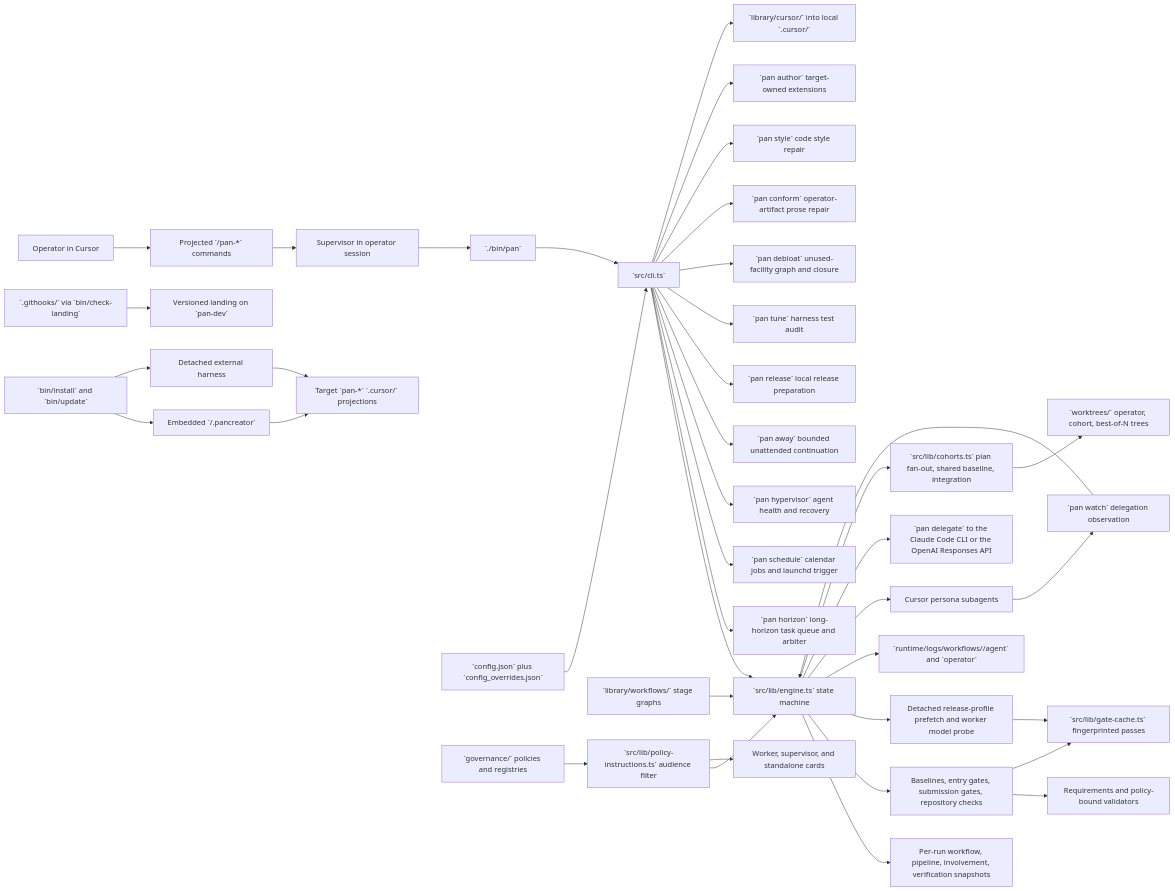
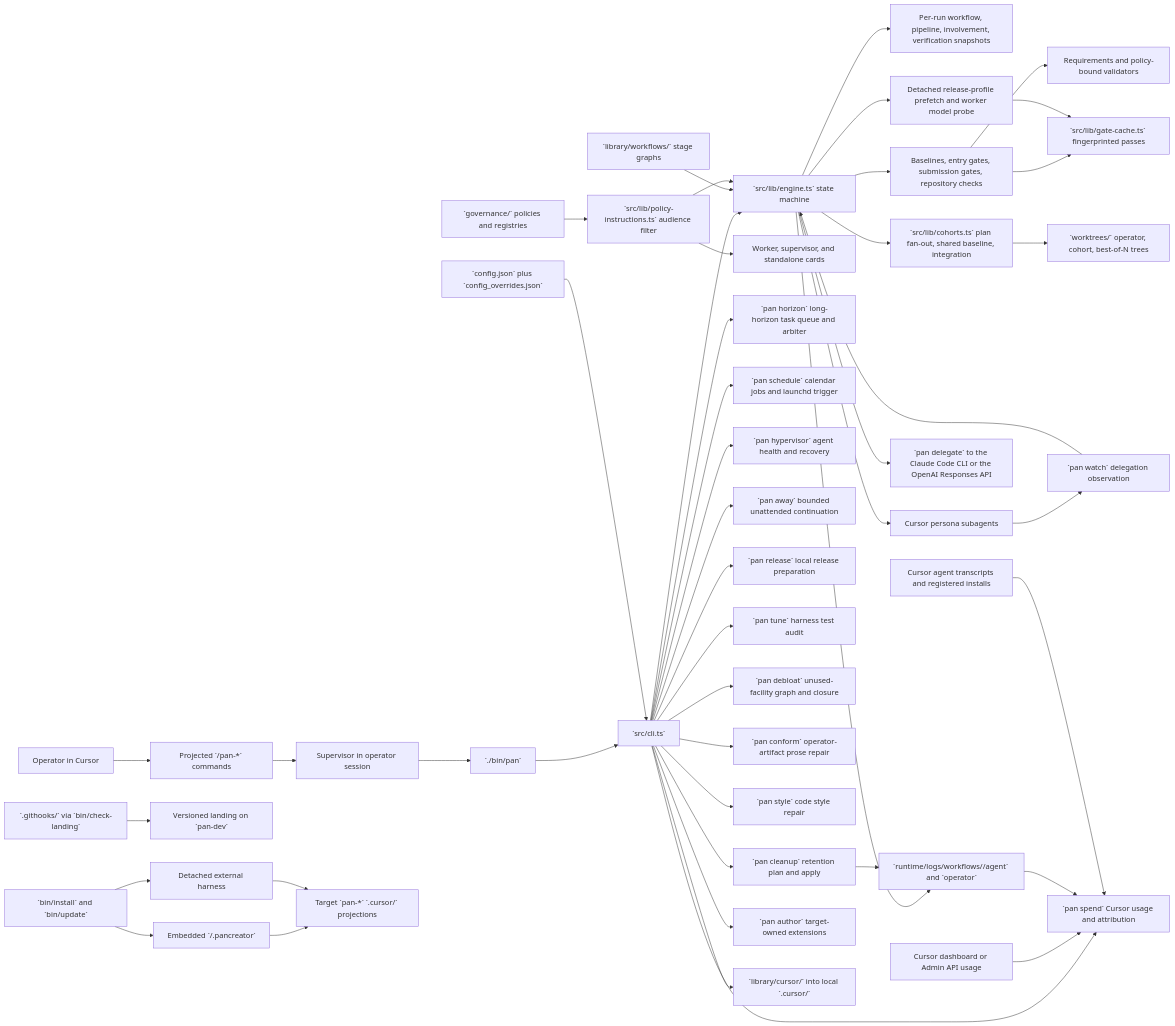
One commit to alenlukic/pancreator changed the diagram in docs/target-repo-primer.md. Above: the diagram before and after it, drawn with Mermaid. The commit also changed other lines of this file and 82 other files, not shown here.

First line of the commit message:
release: v7.29.1 Sum the charged cost of each dashboard usage event, including the Cursor token…

````diff
--- a/docs/target-repo-primer.md
+++ b/docs/target-repo-primer.md
@@ -89,42 +91,48 @@
 ```mermaid
 flowchart LR
   Operator[Operator in Cursor] --> Commands[Projected `/pan-*` commands]
   Commands --> Supervisor[Supervisor in operator session]
   Supervisor --> Pan[`./bin/pan`]
   Pan --> CLI[`src/cli.ts`]
   CLI --> Engine[`src/lib/engine.ts` state machine]
   Config[`config.json` plus `config_overrides.json`] --> CLI
   Workflows[`library/workflows/` stage graphs] --> Engine
   Governance[`governance/` policies and registries] --> Audience[`src/lib/policy-instructions.ts` audience filter]
   Audience --> Engine
   Audience --> Cards[Worker, supervisor, and standalone cards]
   Engine --> Snapshots[Per-run workflow, pipeline, involvement, verification snapshots]
   Engine --> Gates[Baselines, entry gates, submission gates, repository checks]
   Gates --> Requirements[Requirements and policy-bound validators]
   Gates --> GateCache[`src/lib/gate-cache.ts` fingerprinted passes]
   Engine --> Detached[Detached release-profile prefetch and worker model probe]
   Detached --> GateCache
   Engine --> Runtime[`runtime/logs/workflows/<run-id>/agent` and `operator`]
   Engine --> CursorWorkers[Cursor persona subagents]
   Engine --> External[`pan delegate` to the Claude Code CLI or the OpenAI Responses API]
   CursorWorkers --> Watch[`pan watch` delegation observation]
   Watch --> Engine
   Engine --> Cohorts[`src/lib/cohorts.ts` plan fan-out, shared baseline, integration]
   Cohorts --> Worktrees[`worktrees/` operator, cohort, best-of-N trees]
   CLI --> Horizon[`pan horizon` long-horizon task queue and arbiter]
   CLI --> Schedule[`pan schedule` calendar jobs and launchd trigger]
   CLI --> Hypervisor[`pan hypervisor` agent health and recovery]
   CLI --> Away[`pan away` bounded unattended continuation]
   CLI --> Release[`pan release` local release preparation]
   CLI --> Tune[`pan tune` harness test audit]
   CLI --> Debloat[`pan debloat` unused-facility graph and closure]
   CLI --> Conform[`pan conform` operator-artifact prose repair]
   CLI --> Style[`pan style` code style repair]
+  CLI --> Cleanup[`pan cleanup` retention plan and apply]
+  Cleanup --> Runtime
+  CLI --> Spend[`pan spend` Cursor usage and attribution]
+  CursorAPI[Cursor dashboard or Admin API usage] --> Spend
+  Runtime --> Spend
+  Transcripts[Cursor agent transcripts and registered installs] --> Spend
   CLI --> Author[`pan author` target-owned extensions]
   CLI --> Projection[`library/cursor/` into local `.cursor/`]
   Hooks[`.githooks/` via `bin/check-landing`] --> Landing[Versioned landing on `pan-dev`]
   Installer[`bin/install` and `bin/update`] --> Embedded[Embedded `<target>/.pancreator`]
   Installer --> DetachedInstall[Detached external harness]
   Embedded --> TargetCursor[Target `pan-*` `.cursor/` projections]
   DetachedInstall --> TargetCursor
 ```
````
